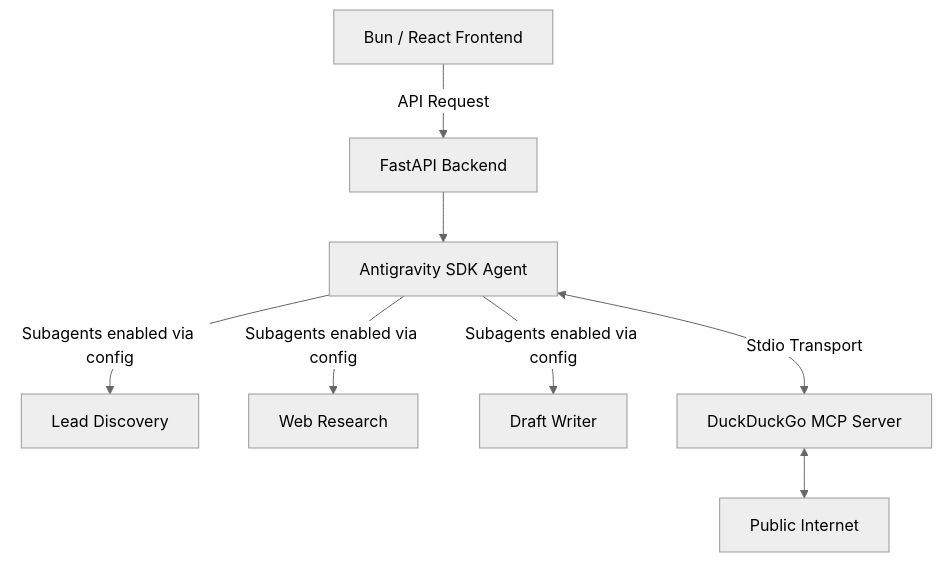
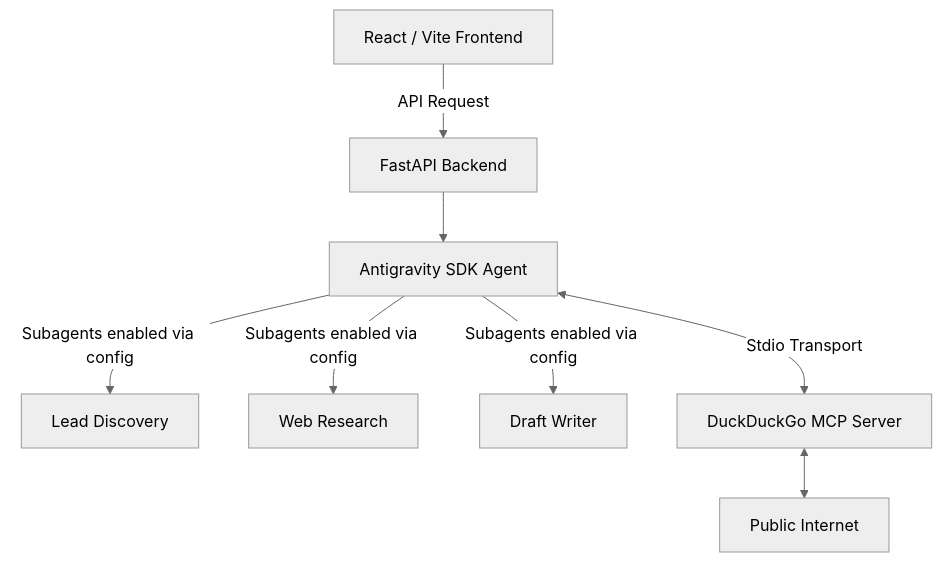
One commit to jadvillanueva/kaggle-ai-agents-capstone changed the diagram in README.md. Above: the diagram before and after it, drawn with Mermaid (neutral theme). The commit also changed other lines of this file, not shown here.

````diff
--- a/README.md
+++ b/README.md
@@ -17,10 +23,10 @@
 ```mermaid
 graph TD
-    UI[Bun / React Frontend] -->|API Request| API[FastAPI Backend]
+    UI[React / Vite Frontend] -->|API Request| API[FastAPI Backend]
     API --> Agent[Antigravity SDK Agent]
     Agent -->|Subagents enabled via config| Discovery[Lead Discovery]
     Agent -->|Subagents enabled via config| Research[Web Research]
     Agent -->|Subagents enabled via config| Outreach[Draft Writer]
     Agent <-->|Stdio Transport| MCP[DuckDuckGo MCP Server]
     MCP <--> Web[Public Internet]
 ```
````
